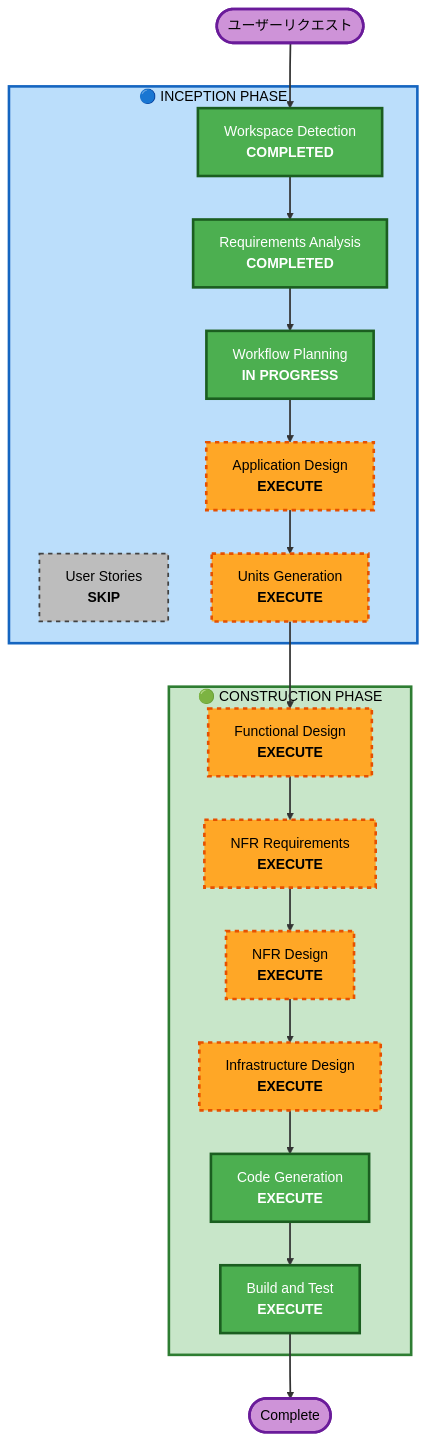
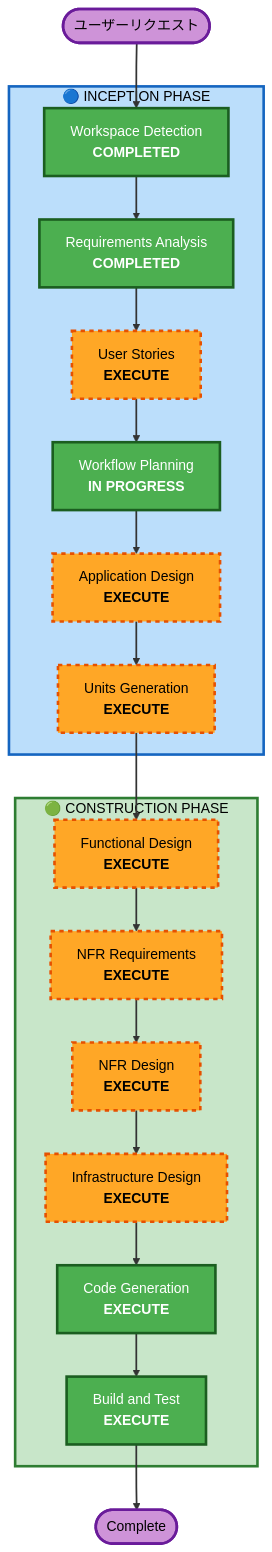
One commit to trainocate-japan/tr-ai-dlc-hackathon changed the diagram in aidlc-docs/inception/plans/execution-plan.md. Above: the diagram before and after it, drawn with Mermaid (base theme). The commit also changed other lines of this file and 6 other files, not shown here.

````diff
--- a/aidlc-docs/inception/plans/execution-plan.md
+++ b/aidlc-docs/inception/plans/execution-plan.md
@@ -22,54 +22,55 @@
 ```mermaid
 flowchart TD
     Start(["ユーザーリクエスト"])
     
     subgraph INCEPTION["🔵 INCEPTION PHASE"]
         WD["Workspace Detection<br/><b>COMPLETED</b>"]
         RA["Requirements Analysis<br/><b>COMPLETED</b>"]
-        US["User Stories<br/><b>SKIP</b>"]
+        US["User Stories<br/><b>EXECUTE</b>"]
         WP["Workflow Planning<br/><b>IN PROGRESS</b>"]
         AD["Application Design<br/><b>EXECUTE</b>"]
         UG["Units Generation<br/><b>EXECUTE</b>"]
     end
     
     subgraph CONSTRUCTION["🟢 CONSTRUCTION PHASE"]
         FD["Functional Design<br/><b>EXECUTE</b>"]
         NFRA["NFR Requirements<br/><b>EXECUTE</b>"]
         NFRD["NFR Design<br/><b>EXECUTE</b>"]
         ID["Infrastructure Design<br/><b>EXECUTE</b>"]
         CG["Code Generation<br/><b>EXECUTE</b>"]
         BT["Build and Test<br/><b>EXECUTE</b>"]
     end
     
     Start --> WD
     WD --> RA
-    RA --> WP
+    RA --> US
+    US --> WP
     WP --> AD
     AD --> UG
     UG --> FD
     FD --> NFRA
     NFRA --> NFRD
     NFRD --> ID
     ID --> CG
     CG --> BT
     BT --> End(["Complete"])
     
     style WD fill:#4CAF50,stroke:#1B5E20,stroke-width:3px,color:#fff
     style RA fill:#4CAF50,stroke:#1B5E20,stroke-width:3px,color:#fff
     style WP fill:#4CAF50,stroke:#1B5E20,stroke-width:3px,color:#fff
     style AD fill:#FFA726,stroke:#E65100,stroke-width:3px,stroke-dasharray: 5 5,color:#000
     style UG fill:#FFA726,stroke:#E65100,stroke-width:3px,stroke-dasharray: 5 5,color:#000
-    style US fill:#BDBDBD,stroke:#424242,stroke-width:2px,stroke-dasharray: 5 5,color:#000
+    style US fill:#FFA726,stroke:#E65100,stroke-width:3px,stroke-dasharray: 5 5,color:#000
     style FD fill:#FFA726,stroke:#E65100,stroke-width:3px,stroke-dasharray: 5 5,color:#000
     style NFRA fill:#FFA726,stroke:#E65100,stroke-width:3px,stroke-dasharray: 5 5,color:#000
     style NFRD fill:#FFA726,stroke:#E65100,stroke-width:3px,stroke-dasharray: 5 5,color:#000
     style ID fill:#FFA726,stroke:#E65100,stroke-width:3px,stroke-dasharray: 5 5,color:#000
     style CG fill:#4CAF50,stroke:#1B5E20,stroke-width:3px,color:#fff
     style BT fill:#4CAF50,stroke:#1B5E20,stroke-width:3px,color:#fff
     style Start fill:#CE93D8,stroke:#6A1B9A,stroke-width:3px,color:#000
     style End fill:#CE93D8,stroke:#6A1B9A,stroke-width:3px,color:#000
     style INCEPTION fill:#BBDEFB,stroke:#1565C0,stroke-width:3px,color:#000
     style CONSTRUCTION fill:#C8E6C9,stroke:#2E7D32,stroke-width:3px,color:#000
     
     linkStyle default stroke:#333,stroke-width:2px
 ```
````
